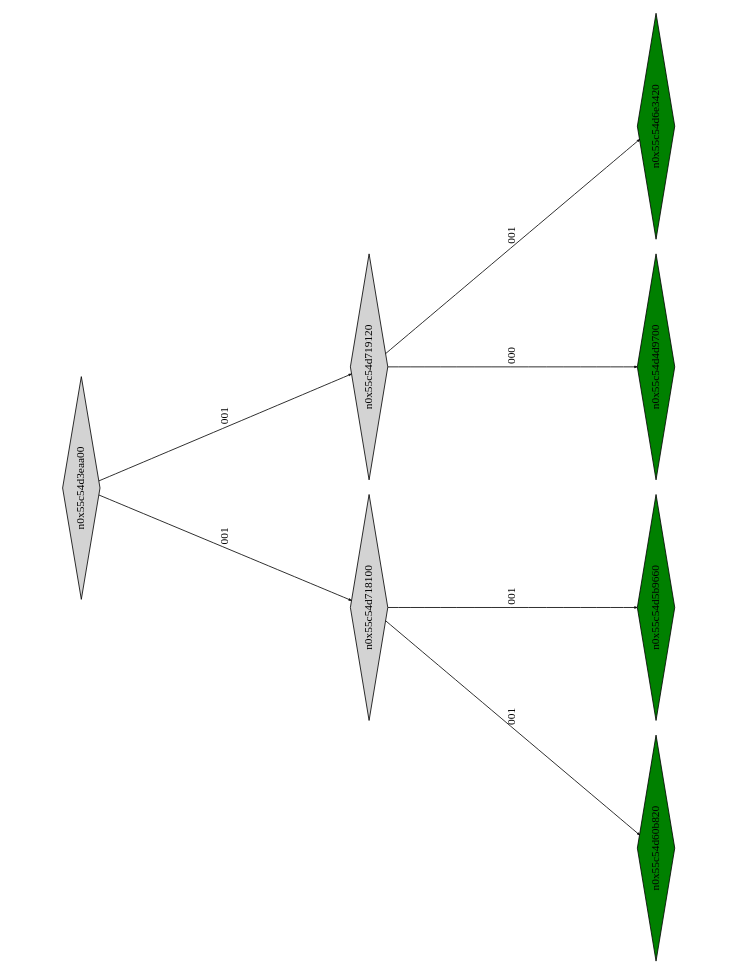
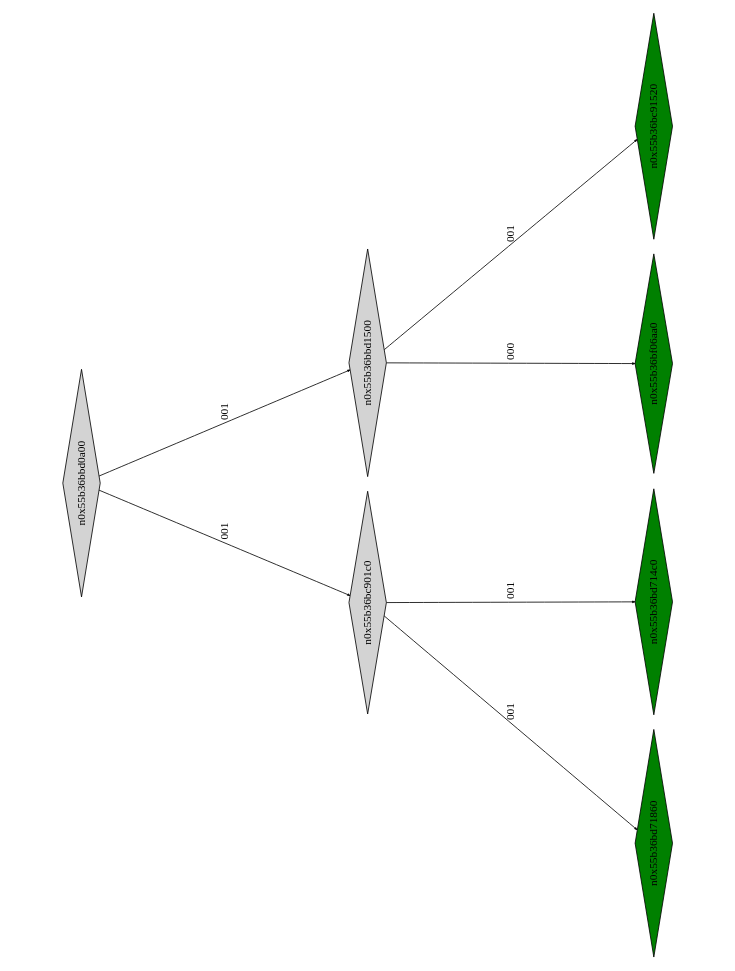
One commit to Research-Tools-PAVT/PSE-Program-Examples changed the diagram in example1_klee_out/ptree_00000234.dot. Above: the diagram before and after it, drawn with Graphviz. The commit also changed 1681 other files, not shown here.

```diff
--- a/example1_klee_out/ptree_00000234.dot
+++ b/example1_klee_out/ptree_00000234.dot
@@ -1,21 +1,21 @@
 digraph G {
 	size="10,7.5";
 	ratio=fill;
 	rotate=90;
 	center = "true";
 	node [style="filled",width=.1,height=.1,fontname="Terminus"]
 	edge [arrowsize=.3]
-	n0x55c54d3eaa00 [shape=diamond];
-	n0x55c54d3eaa00 -> n0x55c54d718100 [label=001];
-	n0x55c54d3eaa00 -> n0x55c54d719120 [label=001];
-	n0x55c54d719120 [shape=diamond];
-	n0x55c54d719120 -> n0x55c54d4d9700 [label=000];
-	n0x55c54d719120 -> n0x55c54d6e3420 [label=001];
-	n0x55c54d6e3420 [shape=diamond,fillcolor=green];
-	n0x55c54d4d9700 [shape=diamond,fillcolor=green];
-	n0x55c54d718100 [shape=diamond];
-	n0x55c54d718100 -> n0x55c54d60b820 [label=001];
-	n0x55c54d718100 -> n0x55c54d5b9660 [label=001];
-	n0x55c54d5b9660 [shape=diamond,fillcolor=green];
-	n0x55c54d60b820 [shape=diamond,fillcolor=green];
+	n0x55b36bbd0a00 [shape=diamond];
+	n0x55b36bbd0a00 -> n0x55b36bc901c0 [label=001];
+	n0x55b36bbd0a00 -> n0x55b36bbd1500 [label=001];
+	n0x55b36bbd1500 [shape=diamond];
+	n0x55b36bbd1500 -> n0x55b36bf06aa0 [label=000];
+	n0x55b36bbd1500 -> n0x55b36bc91520 [label=001];
+	n0x55b36bc91520 [shape=diamond,fillcolor=green];
+	n0x55b36bf06aa0 [shape=diamond,fillcolor=green];
+	n0x55b36bc901c0 [shape=diamond];
+	n0x55b36bc901c0 -> n0x55b36bd71860 [label=001];
+	n0x55b36bc901c0 -> n0x55b36bd714c0 [label=001];
+	n0x55b36bd714c0 [shape=diamond,fillcolor=green];
+	n0x55b36bd71860 [shape=diamond,fillcolor=green];
 }
```
